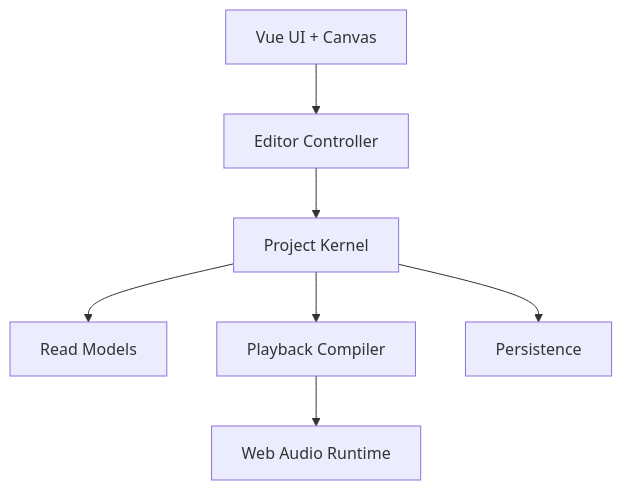
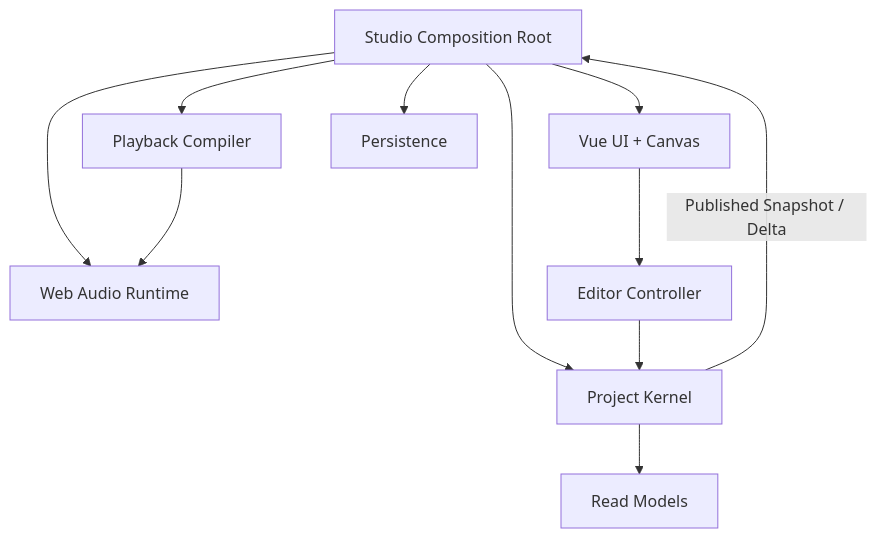
The second of 4 diagrams in docs/architecture/web-daw-long-term-architecture-v3.md (Dyolem/seele-daw), drawn with Mermaid before and after one commit. The commit also changed other lines of this file and 7 other files, not shown here.

````diff
--- a/docs/architecture/web-daw-long-term-architecture-v3.md
+++ b/docs/architecture/web-daw-long-term-architecture-v3.md
@@ -201,9 +214,13 @@
 ```mermaid
 flowchart TD
-  UI["Vue UI + Canvas"] --> ED["Editor Controller"]
+  APP["Studio Composition Root"] --> UI["Vue UI + Canvas"]
+  APP --> PK["Project Kernel"]
+  APP --> PC["Playback Compiler"]
+  APP --> AR["Web Audio Runtime"]
+  APP --> PS["Persistence"]
+  UI --> ED["Editor Controller"]
   ED --> PK["Project Kernel"]
   PK --> RM["Read Models"]
-  PK --> PC["Playback Compiler"]
+  PK -- "Published Snapshot / Delta" --> APP
   PC --> AR["Web Audio Runtime"]
-  PK --> PS["Persistence"]
 ```
````
